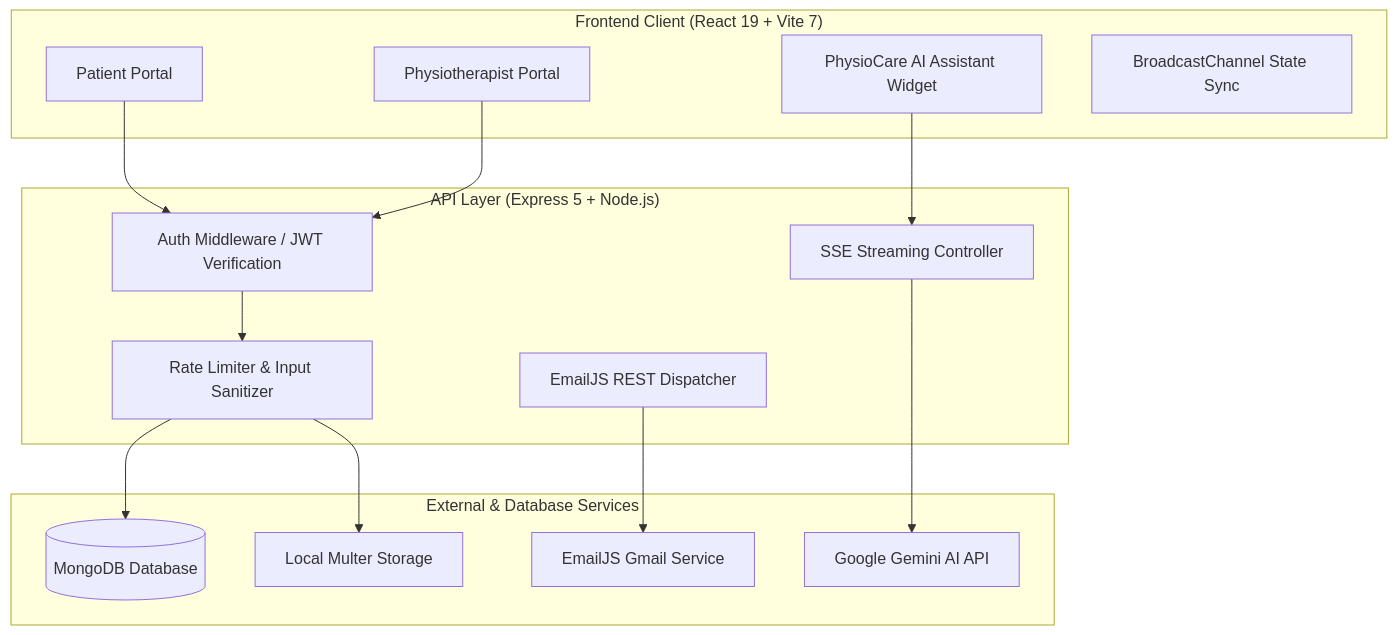
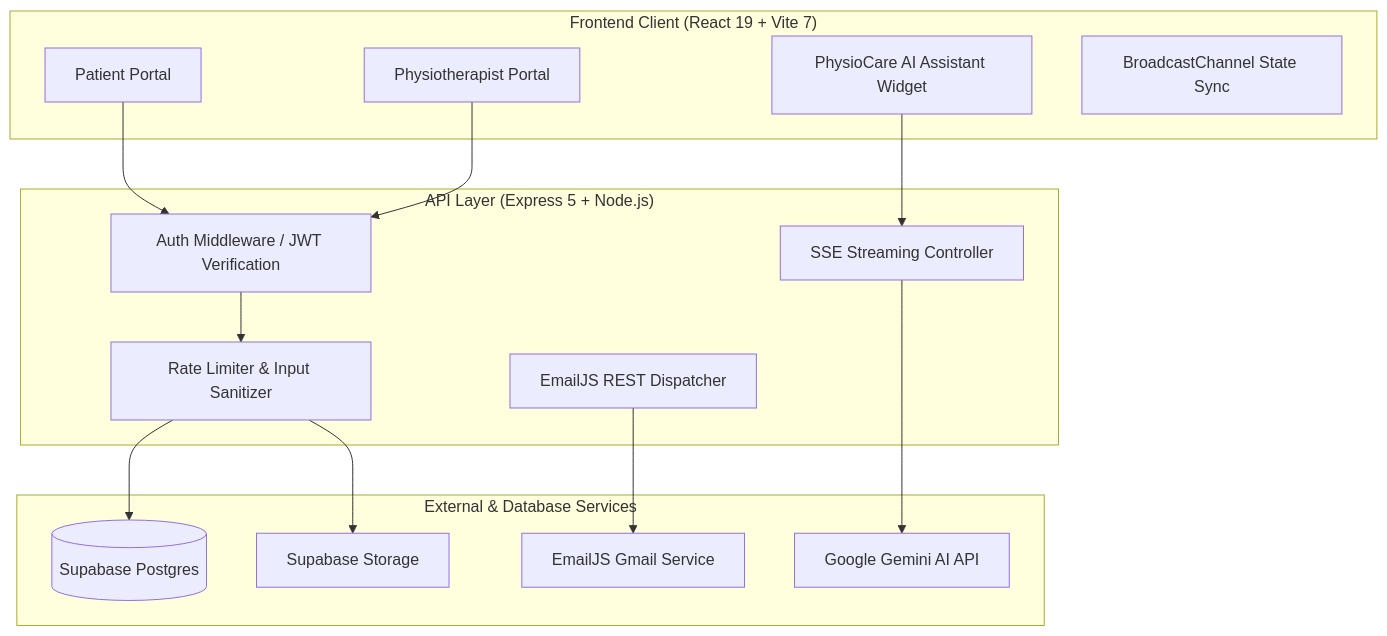
One commit to rishavrjpt/PhysioCare changed the diagram in README.md. Above: the diagram before and after it, drawn with Mermaid. The commit also changed other lines of this file and 15 other files, not shown here.

First line of the commit message:
chore: remove mongoose and MONGO_URI after Supabase migration

````diff
--- a/README.md
+++ b/README.md
@@ -47,32 +47,32 @@
 ```mermaid
 graph TD
     subgraph Client["Frontend Client (React 19 + Vite 7)"]
         A[Patient Portal]
         B[Physiotherapist Portal]
         C[PhysioCare AI Assistant Widget]
         D[BroadcastChannel State Sync]
     end
 
     subgraph Gateway["API Layer (Express 5 + Node.js)"]
         E[Auth Middleware / JWT Verification]
         F[Rate Limiter & Input Sanitizer]
         G[SSE Streaming Controller]
         H[EmailJS REST Dispatcher]
     end
 
     subgraph Services["External & Database Services"]
-        I[(MongoDB Database)]
+        I[(Supabase Postgres)]
         J[Google Gemini AI API]
         K[EmailJS Gmail Service]
-        L[Local Multer Storage]
+        L[Supabase Storage]
     end
 
     A --> E
     B --> E
     C --> G
     E --> F
     F --> I
     G --> J
     H --> K
     F --> L
 ```
````
